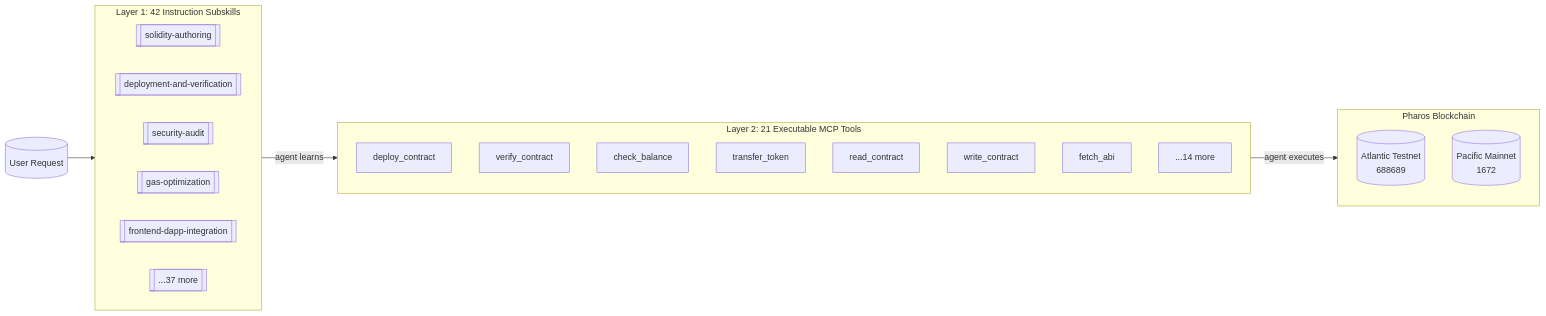
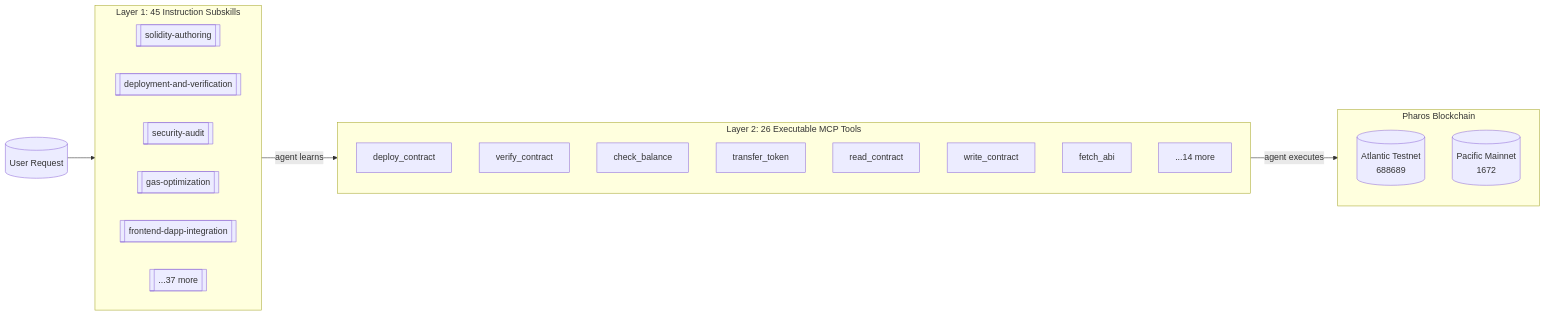
Before and after one commit to tejas0111/Pharos: the diagram in README.md, drawn with Mermaid. The commit also changed other lines of this file and 8 other files, not shown here.

Commit message:
fix: update stale subskill/tool counts in docs (45 subskills, 26 tools)

````diff
--- a/README.md
+++ b/README.md
@@ -73,29 +73,29 @@
 ```mermaid
 flowchart LR
-    subgraph L1["Layer 1: 42 Instruction Subskills"]
+    subgraph L1["Layer 1: 45 Instruction Subskills"]
         direction LR
         S1[[solidity-authoring]]
         S2[[deployment-and-verification]]
         S3[[security-audit]]
         S4[[gas-optimization]]
         S5[[frontend-dapp-integration]]
         S6[[...37 more]]
     end
-    subgraph L2["Layer 2: 21 Executable MCP Tools"]
+    subgraph L2["Layer 2: 26 Executable MCP Tools"]
         T1[deploy_contract]
         T2[verify_contract]
         T3[check_balance]
         T4[transfer_token]
         T5[read_contract]
         T6[write_contract]
         T7[fetch_abi]
         T8[...14 more]
     end
     subgraph BC["Pharos Blockchain"]
         AT[("Atlantic Testnet<br/>688689")]
         PM[("Pacific Mainnet<br/>1672")]
     end
     REQ[("User Request")] --> L1
     L1 -->|agent learns| L2
     L2 -->|agent executes| BC
 ```
````
